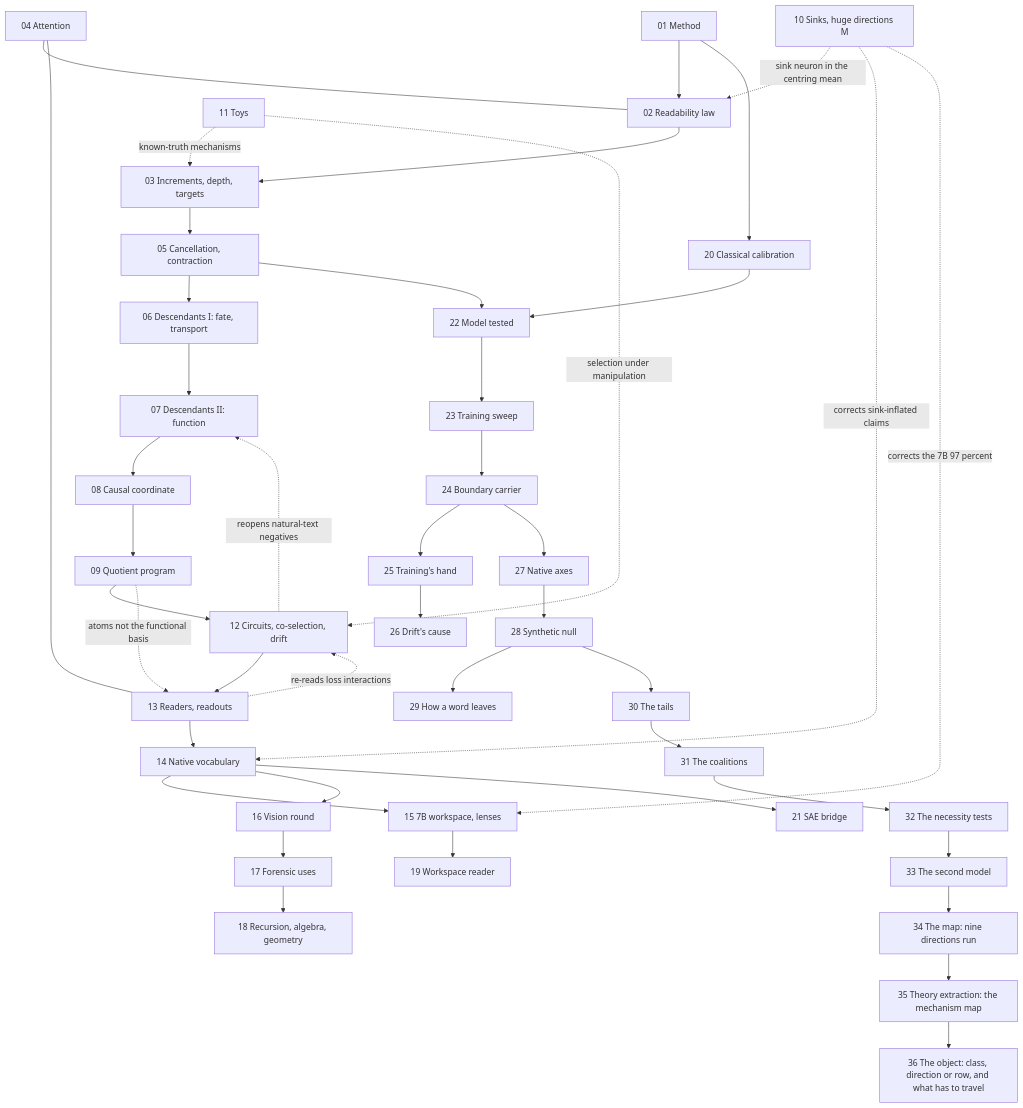
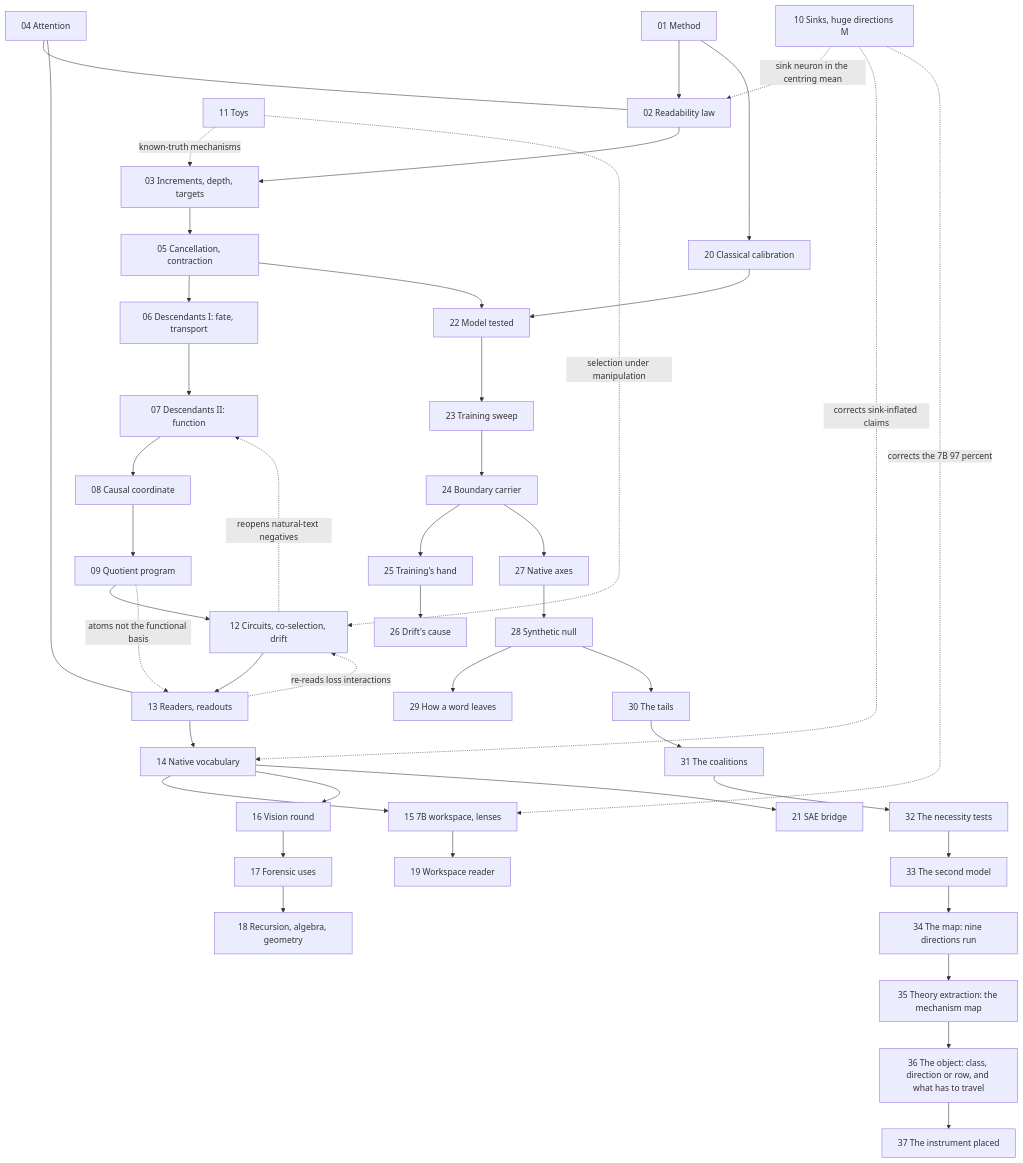
One commit to sunmoonron/wdd-descendants changed the diagram in docs/ATLAS.md. Above: the diagram before and after it, drawn with Mermaid. The commit also changed other lines of this file and 38 other files, not shown here.

First line of the commit message:
Phase 3br: the instrument placed, the strongest existing method invited and the detector benchmarked (e580, e580b, e581, atlas area 37)

````diff
--- a/docs/ATLAS.md
+++ b/docs/ATLAS.md
@@ -87,46 +88,47 @@
 ```mermaid
 flowchart TD
   A01["01 Method"] --> A02["02 Readability law"]
   A02 --> A03["03 Increments, depth, targets"]
   A03 --> A05["05 Cancellation, contraction"]
   A05 --> A06["06 Descendants I: fate, transport"]
   A06 --> A07["07 Descendants II: function"]
   A07 --> A08["08 Causal coordinate"]
   A08 --> A09["09 Quotient program"]
   A09 --> A12["12 Circuits, co-selection, drift"]
   A12 --> A13["13 Readers, readouts"]
   A13 --> A14["14 Native vocabulary"]
   A14 --> A15["15 7B workspace, lenses"]
   A14 --> A16["16 Vision round"]
   A16 --> A17["17 Forensic uses"]
   A17 --> A18["18 Recursion, algebra, geometry"]
   A15 --> A19["19 Workspace reader"]
   A01 --> A20["20 Classical calibration"]
   A14 --> A21["21 SAE bridge"]
   A20 --> A22["22 Model tested"]
   A22 --> A23["23 Training sweep"]
   A23 --> A24["24 Boundary carrier"]
   A24 --> A25["25 Training's hand"]
   A25 --> A26["26 Drift's cause"]
   A24 --> A27["27 Native axes"]
   A27 --> A28["28 Synthetic null"]
   A28 --> A29["29 How a word leaves"]
   A28 --> A30["30 The tails"]
   A30 --> A31["31 The coalitions"]
   A31 --> A32["32 The necessity tests"]
   A32 --> A33["33 The second model"]
   A33 --> A34["34 The map: nine directions run"]
   A34 --> A35["35 Theory extraction: the mechanism map"]
   A35 --> A36["36 The object: class, direction or row, and what has to travel"]
+  A36 --> A37["37 The instrument placed"]
   A05 --> A22
   A04["04 Attention"] --- A02
   A04 --- A13
   A10["10 Sinks, huge directions M"] -.->|sink neuron in the centring mean| A02
   A10 -.->|corrects sink-inflated claims| A14
   A10 -.->|corrects the 7B 97 percent| A15
   A11["11 Toys"] -.->|known-truth mechanisms| A03
   A11 -.->|selection under manipulation| A12
   A12 -.->|reopens natural-text negatives| A07
   A13 -.->|re-reads loss interactions| A12
   A09 -.->|atoms not the functional basis| A13
 ```
````
